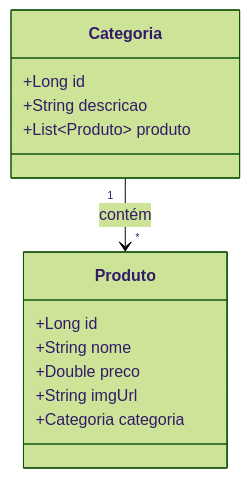
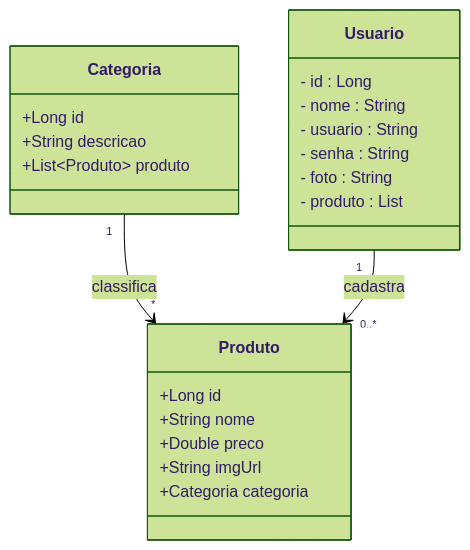
Before and after one commit to renatangr/projeto_final_bloco_02: the first of 2 diagrams in README.md, drawn with Mermaid (forest theme). The commit also changed other lines of this file, not shown here.

````diff
--- a/README.md
+++ b/README.md
@@ -57,19 +58,29 @@
 ```mermaid
 classDiagram
     class Categoria {
         +Long id
         +String descricao
         +List~Produto~ produto
     }
 
     class Produto {
         +Long id
         +String nome
         +Double preco
         +String imgUrl
         +Categoria categoria
     }
 
-    Categoria "1" --> "*" Produto : contém
+    class Usuario {
+      - id : Long
+      - nome : String
+      - usuario : String
+      - senha : String
+      - foto : String
+      - produto : List<Produto>
+    }
+
+    Categoria "1" --> "*" Produto : classifica
+    Usuario "1" --> "0..*" Produto : cadastra
 
 ```
````
